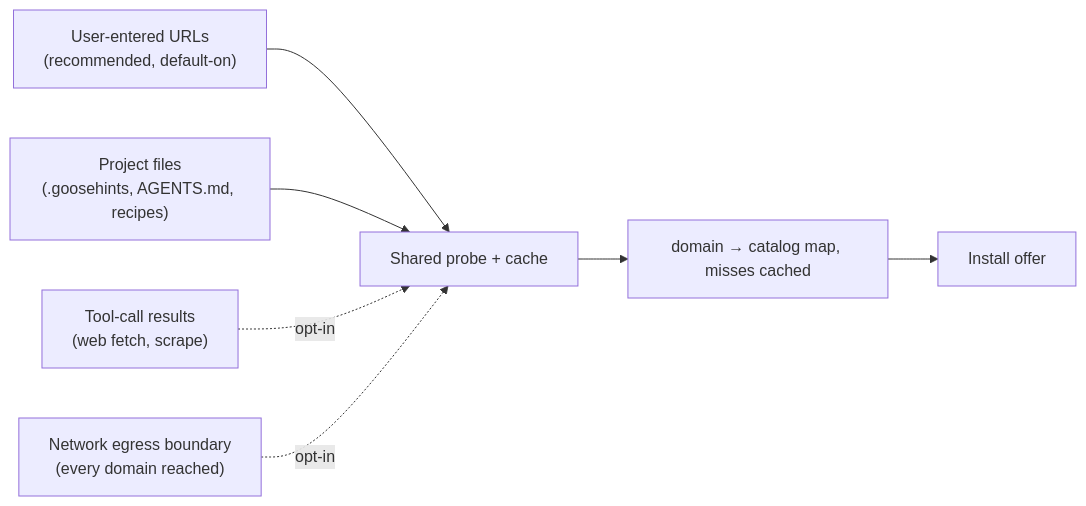
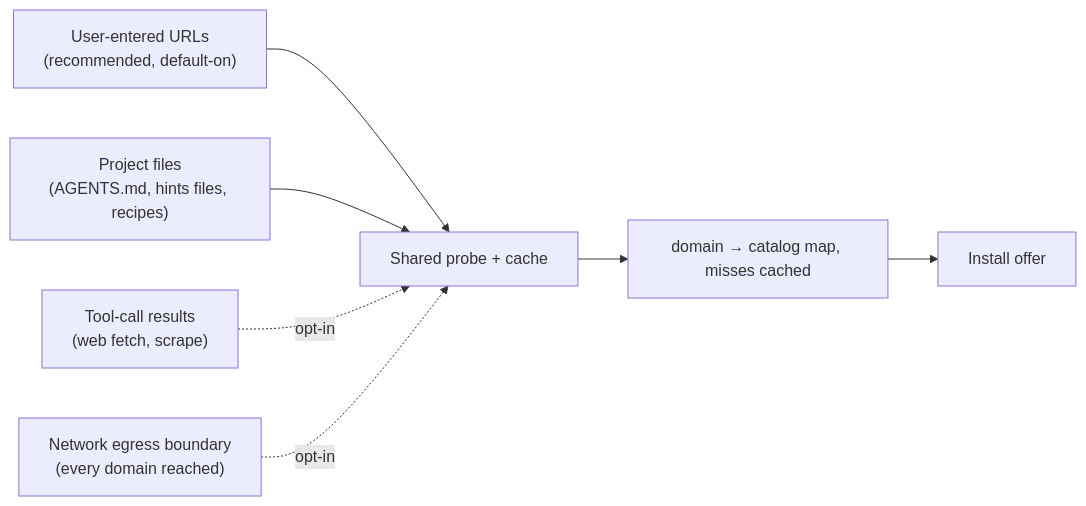
The second of 2 diagrams in docs/best-practices.md (modelcontextprotocol/experimental-ext-server-card), drawn with Mermaid before and after one commit. The commit also changed other lines of this file, not shown here.

````diff
--- a/docs/best-practices.md
+++ b/docs/best-practices.md
@@ -136,9 +141,9 @@
 ```mermaid
 flowchart LR
     A["User-entered URLs<br/>(recommended, default-on)"] --> P[Shared probe + cache]
-    B["Project files<br/>(.goosehints, AGENTS.md, recipes)"] --> P
+    B["Project files<br/>(AGENTS.md, hints files, recipes)"] --> P
     C["Tool-call results<br/>(web fetch, scrape)"] -.opt-in.-> P
     D["Network egress boundary<br/>(every domain reached)"] -.opt-in.-> P
     P --> E[domain → catalog map, misses cached]
     E --> F[Install offer]
 ```
````
